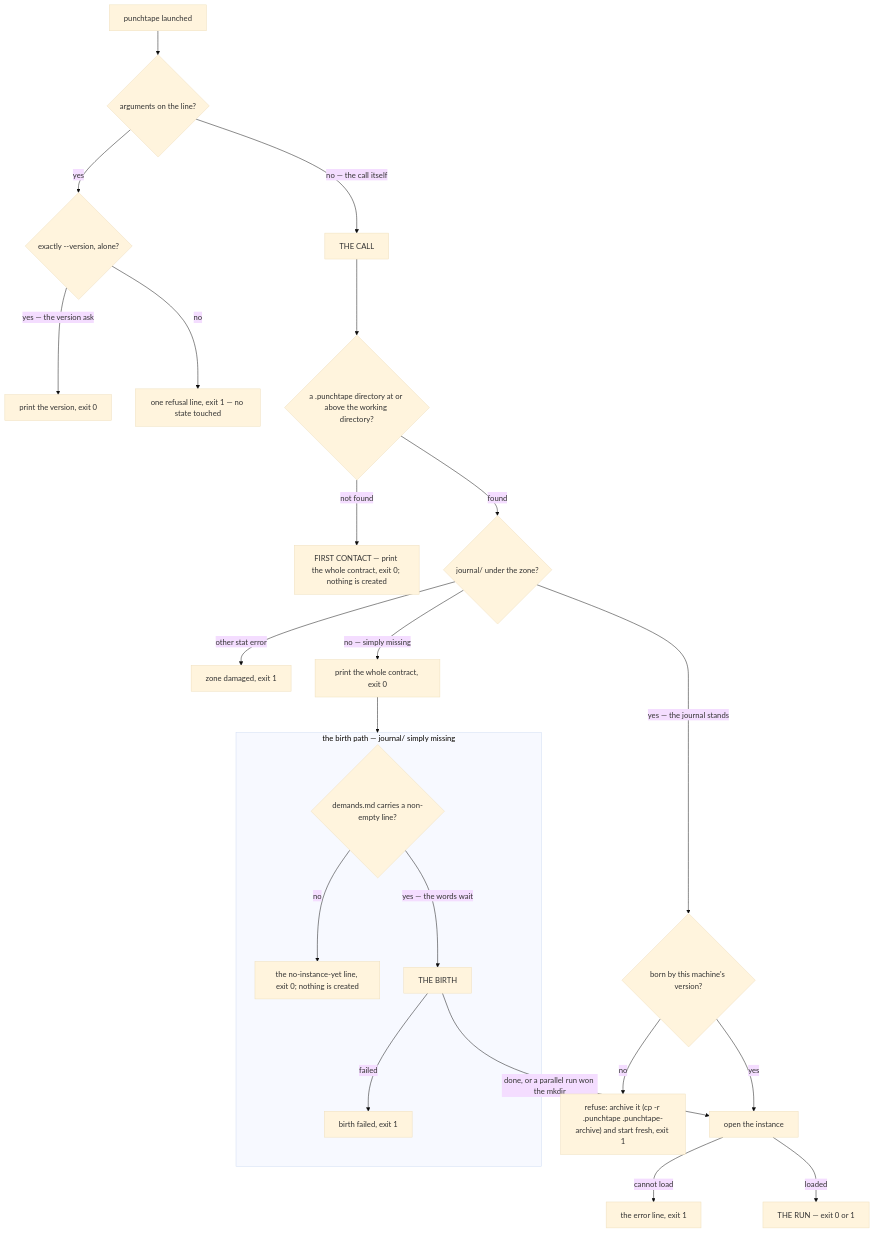
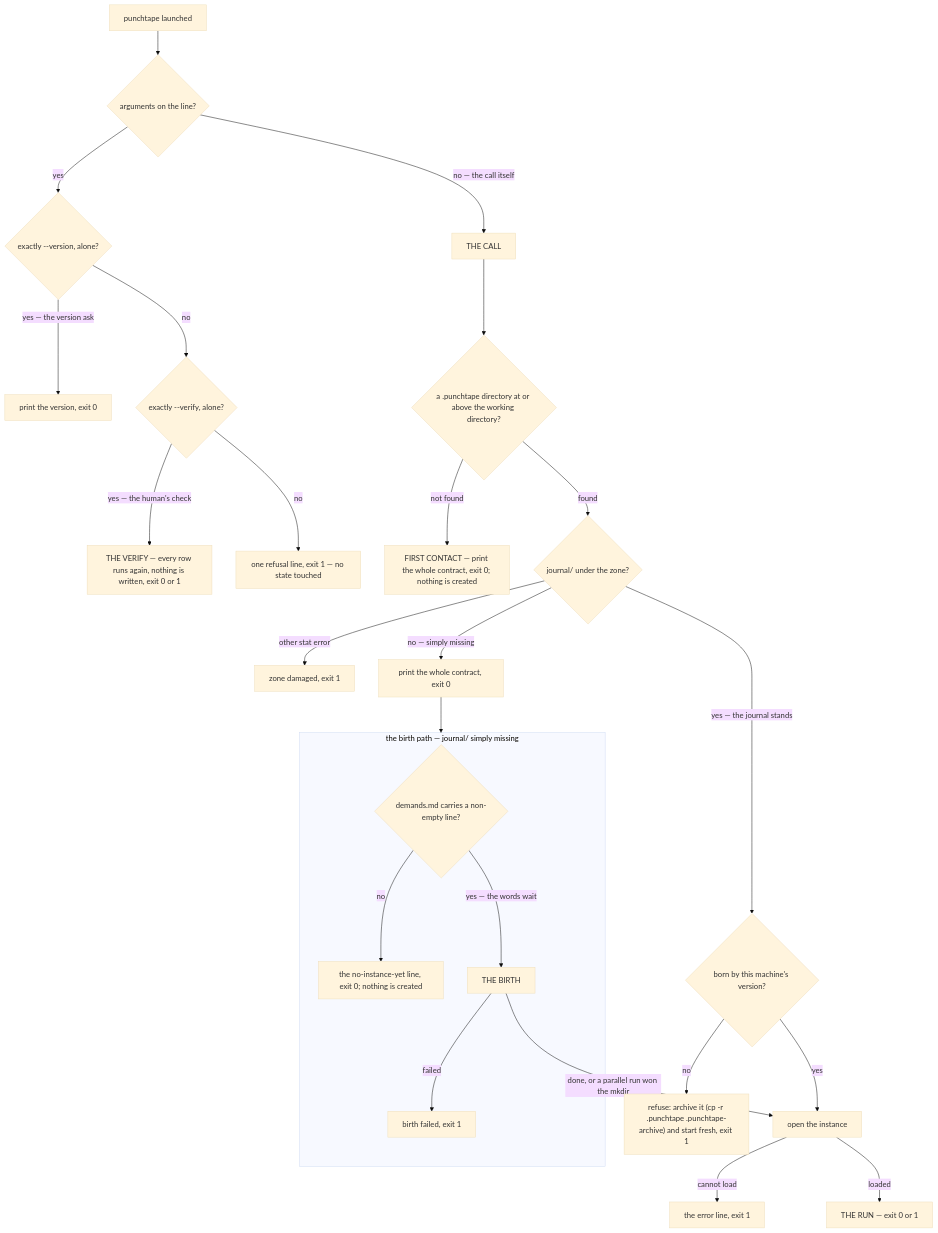
Before and after one commit to neurophant/punchtape: the first of 9 diagrams in docs/ARCHITECTURE.md, drawn with Mermaid (base theme). The commit also changed other lines of this file and 160 other files, not shown here.

````diff
--- a/docs/ARCHITECTURE.md
+++ b/docs/ARCHITECTURE.md
@@ -136,26 +147,28 @@
 ```mermaid
 flowchart TD
     L["punchtape launched"] --> ARGS{"arguments on the line?"}
     ARGS -- "yes" --> VER{"exactly --version, alone?"}
     VER -- "yes — the version ask" --> VOUT["print the version, exit 0"]
-    VER -- "no" --> REF["one refusal line, exit 1 — no state touched"]
+    VER -- "no" --> VFY{"exactly --verify, alone?"}
+    VFY -- "yes — the human's check" --> THEV["THE VERIFY — every row runs again, nothing is written, exit 0 or 1"]
+    VFY -- "no" --> REF["one refusal line, exit 1 — no state touched"]
     ARGS -- "no — the call itself" --> CALL["THE CALL"]
     CALL --> ZONE{"a .punchtape directory at or above the working directory?"}
     ZONE -- "not found" --> FIRST["FIRST CONTACT — print the whole contract, exit 0; nothing is created"]
     ZONE -- "found" --> JD{"journal/ under the zone?"}
     JD -- "other stat error" --> DAM["zone damaged, exit 1"]
     JD -- "yes — the journal stands" --> VERG{"born by this machine's version?"}
     VERG -- "no" --> FOR["refuse: archive it (cp -r .punchtape .punchtape-archive) and start fresh, exit 1"]
     VERG -- "yes" --> OPEN["open the instance"]
     subgraph BIRTHPATH["the birth path — journal/ simply missing"]
       WORDS{"demands.md carries a non-empty line?"}
       WORDS -- "no" --> SLOT["the no-instance-yet line, exit 0; nothing is created"]
       WORDS -- "yes — the words wait" --> BIRTH["THE BIRTH"]
       BIRTH -- "failed" --> BFAIL["birth failed, exit 1"]
     end
     JD -- "no — simply missing" --> CONTRACT["print the whole contract, exit 0"]
     CONTRACT --> BIRTHPATH
     BIRTH -- "done, or a parallel run won the mkdir" --> OPEN
     OPEN -- "cannot load" --> OERR["the error line, exit 1"]
     OPEN -- "loaded" --> RUN["THE RUN — exit 0 or 1"]
 ```
````
